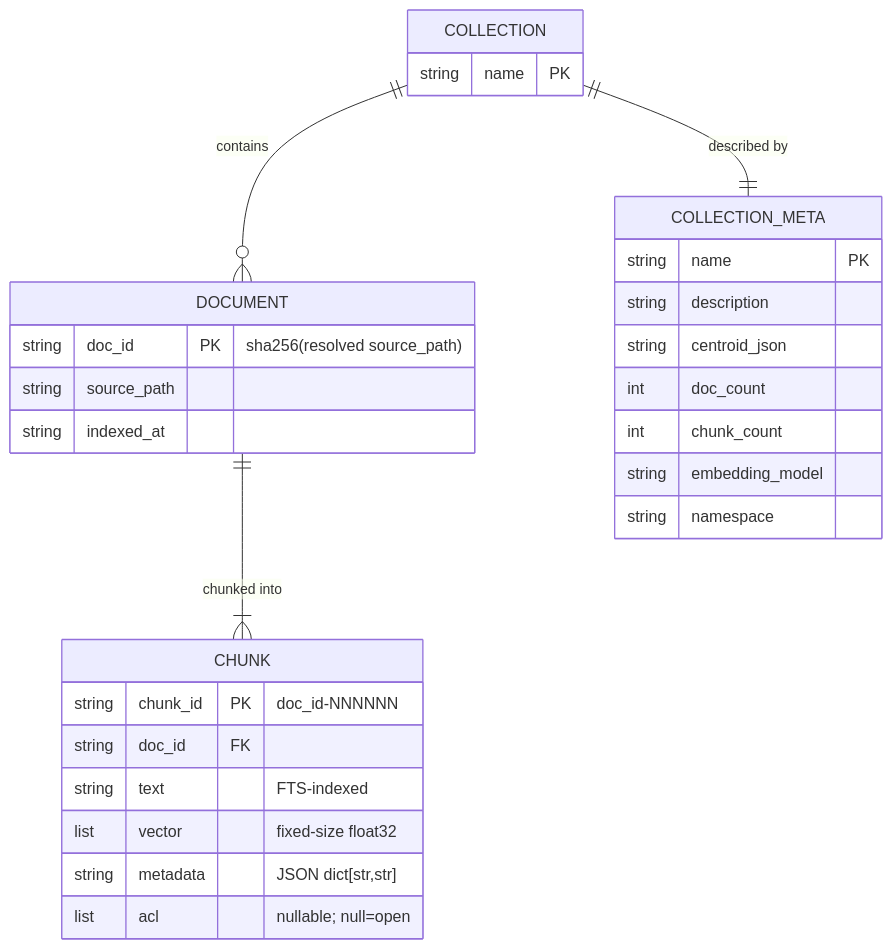
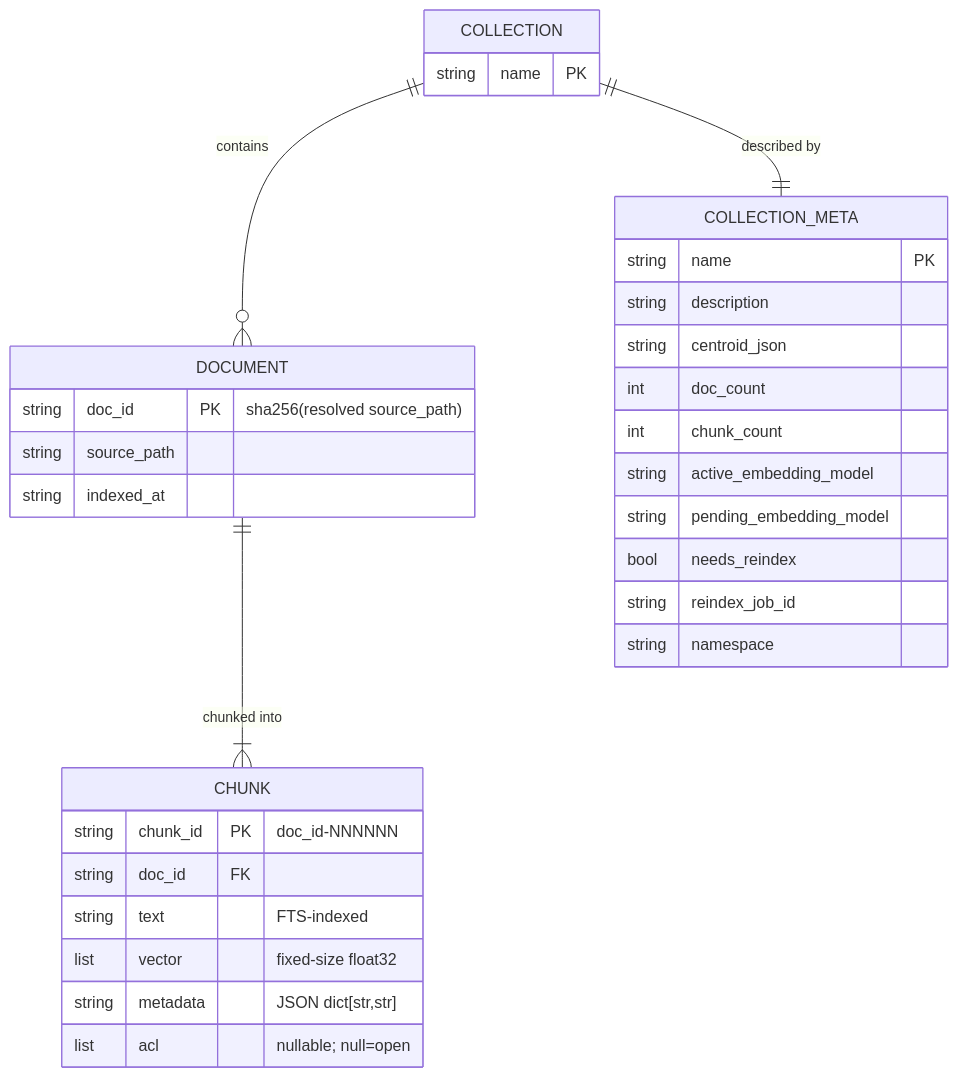
One commit to user538295/archon-search changed the first of 2 diagrams in Documentation/Architecture/130_data_architecture_and_persistence.md. Above: the diagram before and after it, drawn with Mermaid. The commit also changed other lines of this file and 6 other files, not shown here.

First line of the commit message:
docs(C1): update architecture, breaking-change log, and user guide for per-collection embedding model (Task 12.1)

````diff
--- a/Documentation/Architecture/130_data_architecture_and_persistence.md
+++ b/Documentation/Architecture/130_data_architecture_and_persistence.md
@@ -163,31 +167,34 @@
 ```mermaid
 erDiagram
     COLLECTION ||--o{ DOCUMENT : contains
     DOCUMENT ||--|{ CHUNK : "chunked into"
     COLLECTION ||--|| COLLECTION_META : "described by"
     COLLECTION_META {
         string name PK
         string description
         string centroid_json
         int doc_count
         int chunk_count
-        string embedding_model
+        string active_embedding_model
+        string pending_embedding_model
+        bool needs_reindex
+        string reindex_job_id
         string namespace
     }
     COLLECTION {
         string name PK
     }
     DOCUMENT {
         string doc_id PK "sha256(resolved source_path)"
         string source_path
         string indexed_at
     }
     CHUNK {
         string chunk_id PK "doc_id-NNNNNN"
         string doc_id FK
         string text "FTS-indexed"
         list vector "fixed-size float32"
         string metadata "JSON dict[str,str]"
         list acl "nullable; null=open"
     }
 ```
````
